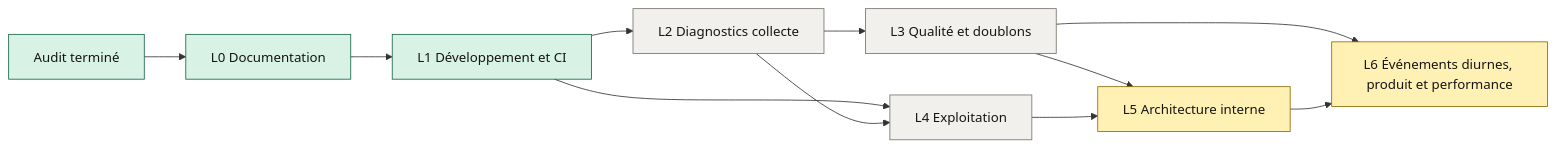
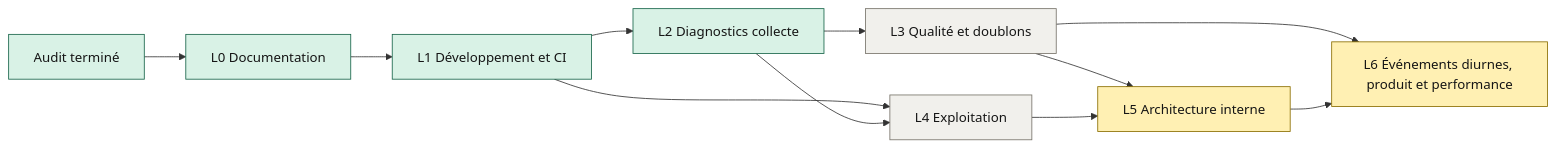
One commit to VinniMo/samstag changed the diagram in docs/diagrams/implementation-roadmap.mmd. Above: the diagram before and after it, drawn with Mermaid. The commit also changed 20 other files, not shown here.

```diff
--- a/docs/diagrams/implementation-roadmap.mmd
+++ b/docs/diagrams/implementation-roadmap.mmd
@@ -1,20 +1,20 @@
 flowchart LR
     A[Audit terminé] --> L0[L0 Documentation]
     L0 --> L1[L1 Développement et CI]
     L1 --> L2[L2 Diagnostics collecte]
     L2 --> L3[L3 Qualité et doublons]
     L1 --> L4[L4 Exploitation]
     L2 --> L4
     L3 --> L5[L5 Architecture interne]
     L4 --> L5
     L3 --> L6[L6 Événements diurnes, produit et performance]
     L5 --> L6
 
     classDef done fill:#d9f2e6,stroke:#176449,color:#151515
     classDef doing fill:#fff0b3,stroke:#8a6d00,color:#151515
     classDef todo fill:#f1f0ec,stroke:#77736a,color:#151515
     classDef blocked fill:#f7d9e6,stroke:#a3004f,color:#151515
 
-    class A,L0,L1 done
-    class L2,L3,L4 todo
+    class A,L0,L1,L2 done
+    class L3,L4 todo
     class L5,L6 doing
```
